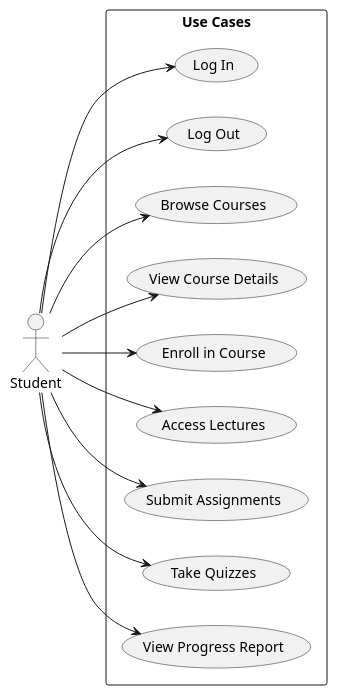
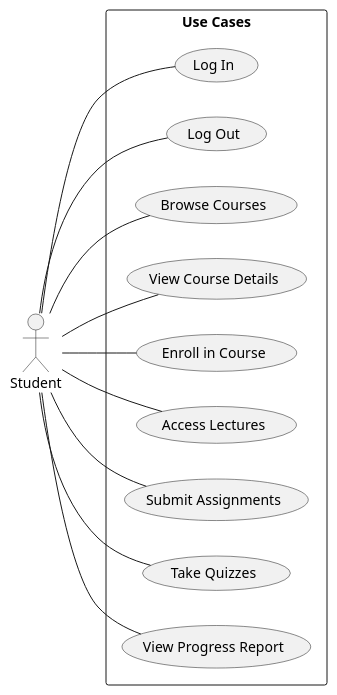
Before and after one commit to ninehcobra/SE357-Pratice-class: the diagram in Lab 1/Lab1.2/Usecase/student_usecase.plantuml, drawn with PlantUML. The commit also changed 7 other files, not shown here.

```diff
--- a/Lab 1/Lab1.2/Usecase/student_usecase.plantuml
+++ b/Lab 1/Lab1.2/Usecase/student_usecase.plantuml
@@ -1,27 +1,27 @@
 @startuml
 left to right direction
 skinparam packageStyle rectangle
 actor Student as "Student"
 
 rectangle "Use Cases" {
   usecase "Log In" as UC1
   usecase "Log Out" as UC2
   usecase "Browse Courses" as UC3
   usecase "View Course Details" as UC4
   usecase "Enroll in Course" as UC5
   usecase "Access Lectures" as UC6
   usecase "Submit Assignments" as UC7
   usecase "Take Quizzes" as UC8
   usecase "View Progress Report" as UC9
 }
 
-Student --> UC1
-Student --> UC2
-Student --> UC3
-Student --> UC4
-Student --> UC5
-Student --> UC6
-Student --> UC7
-Student --> UC8
-Student --> UC9
+Student -- UC1
+Student -- UC2
+Student -- UC3
+Student -- UC4
+Student -- UC5
+Student -- UC6
+Student -- UC7
+Student -- UC8
+Student -- UC9
 @enduml
```
